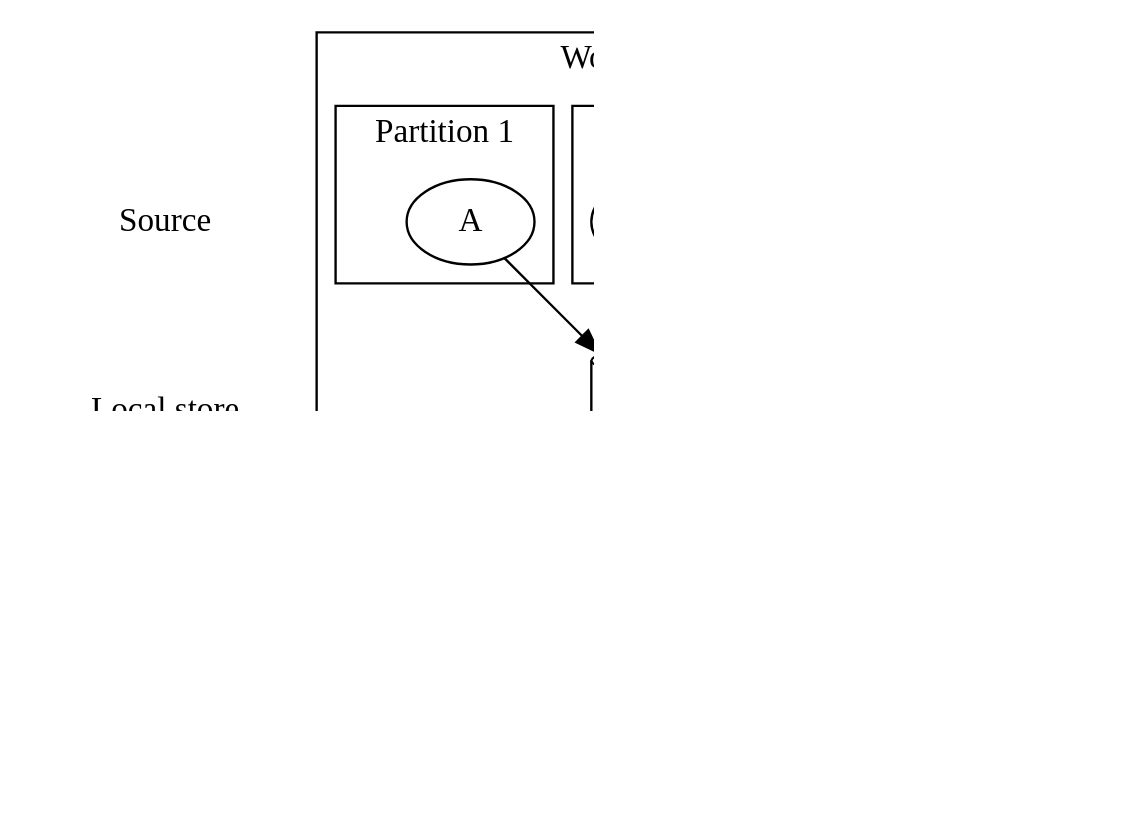
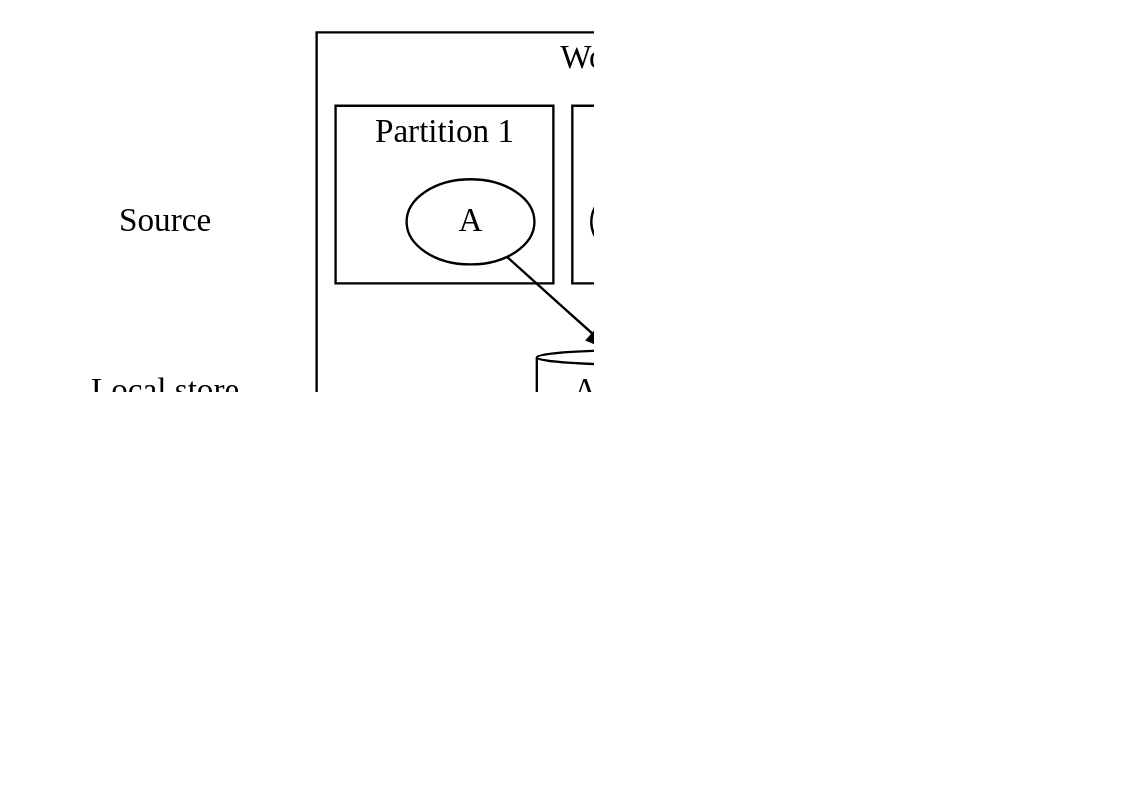
One commit to inponomarev/kafka-hjs changed diagram 43 of 51 in src/main/asciidoc/lecture.adoc. Above: the diagram before and after it, drawn with Graphviz. The commit also changed other lines of this file, not shown here.

```diff
--- a/src/main/asciidoc/lecture.adoc
+++ b/src/main/asciidoc/lecture.adoc
@@ -2022,71 +2049,71 @@
 [graphviz, "local-partitioning-3.png"]
 -----
 digraph D {
   graph [ dpi = 150 ]; 
   subgraph system {
   
      subgraph cluster_s2{
           style = "invis"
           S1 [shape=plaintext label = "Source"];
           S2 [shape=plaintext label = "Local store"];
           S3 [shape=plaintext label = "Changelog"];
           S1->S2->S3 [style="invis"]
       }
 
     subgraph cluster_p1 {
       label = "Worker 1";
         
           
           subgraph cluster_pp11{
               label = "Partition 2"
           
               b [label = "B"];
               c[label = "C"];
               
           }
  
         subgraph cluster_pp1{
               label = "Partition 1"
               
               
               a [label = "A"];
               
           }
           
         
-        ls1[shape="cylinder" label = "A: 19\nB: 12"]
+        ls1[shape="cylinder" label = "A: 19, B: 12"]
         a->ls1;
         b->ls1;
         c->ls1;
         
         p1[shape="plaintext"; style="filled"; fillcolor="#ffffcc"; label = "Partition 1"];
         p2[shape="plaintext"; style="filled"; fillcolor="#ffffcc"; label = "Partition 2"];
         ls1->p1[dir="both"];
         ls1->p2[dir="both"];
     }
     subgraph cluster_p2 {
       label = "Worker 2";
       subgraph cluster_pp2{
               label = "Partition 3"
                 
               d[label = "D"];
               
               
           }
           
           
         ls2[shape="cylinder" label = "D: 22"]
         d->ls2;
         p3[shape="plaintext"; style="filled"; fillcolor="#ffffcc"; label = "Partition 3"];
         ls2->p3[dir="both"];
     }
         p1->p1v1;
         p2->p2v1;
         p3->p3v1[dir="back"];
         p1v1[shape="record"; label="{B: 12|B: 10}"];
         p3v1[shape="record"; label="{D: 22|D: 20}"];
         p2v1[shape="record"; label="{A: 19|A: 15}"];
     
   }
 } 
 -----
```
